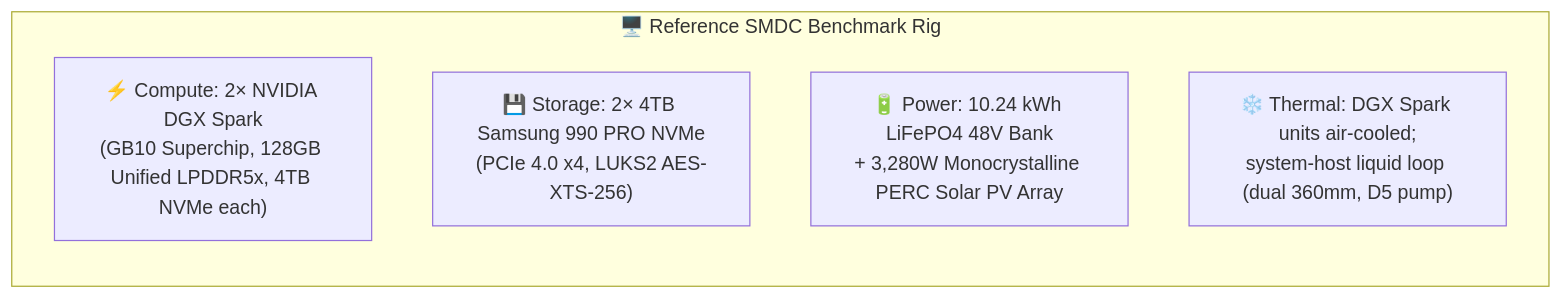
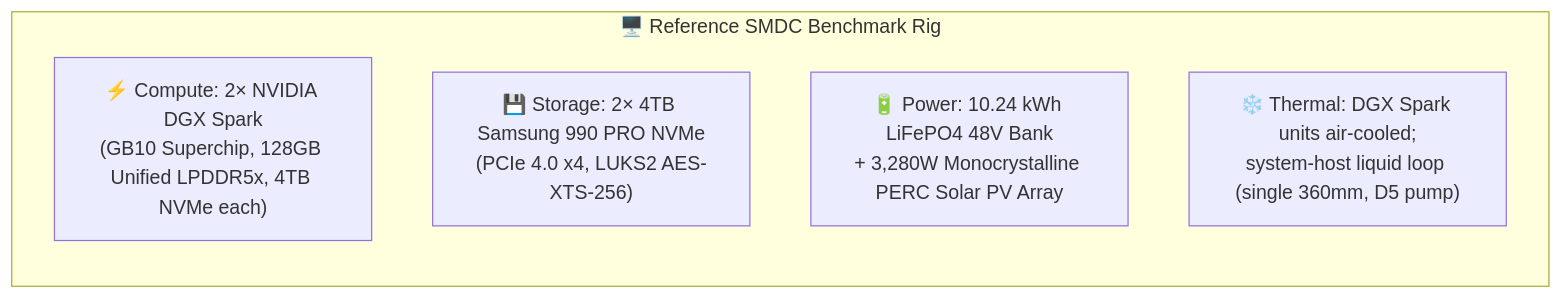
One commit to iliachry/sovereign-mini-datacenter changed the first of 4 diagrams in BENCHMARKS.md. Above: the diagram before and after it, drawn with Mermaid. The commit also changed other lines of this file and 12 other files, not shown here.

First line of the commit message:
fix(commercial): DGX Spark at NVIDIA's $6,950, $31,500 list price, right-sized host cooling, re-modelled EBITDA

````diff
--- a/BENCHMARKS.md
+++ b/BENCHMARKS.md
@@ -14,9 +14,9 @@
 ```mermaid
 flowchart LR
     subgraph Rig["🖥️ Reference SMDC Benchmark Rig"]
         C["⚡ Compute: 2× NVIDIA DGX Spark<br/>(GB10 Superchip, 128GB Unified LPDDR5x, 4TB NVMe each)"]
         S["💾 Storage: 2× 4TB Samsung 990 PRO NVMe<br/>(PCIe 4.0 x4, LUKS2 AES-XTS-256)"]
         P["🔋 Power: 10.24 kWh LiFePO4 48V Bank<br/>+ 3,280W Monocrystalline PERC Solar PV Array"]
-        T["❄️ Thermal: DGX Spark units air-cooled;<br/>system-host liquid loop (dual 360mm, D5 pump)"]
+        T["❄️ Thermal: DGX Spark units air-cooled;<br/>system-host liquid loop (single 360mm, D5 pump)"]
     end
 ```
````
